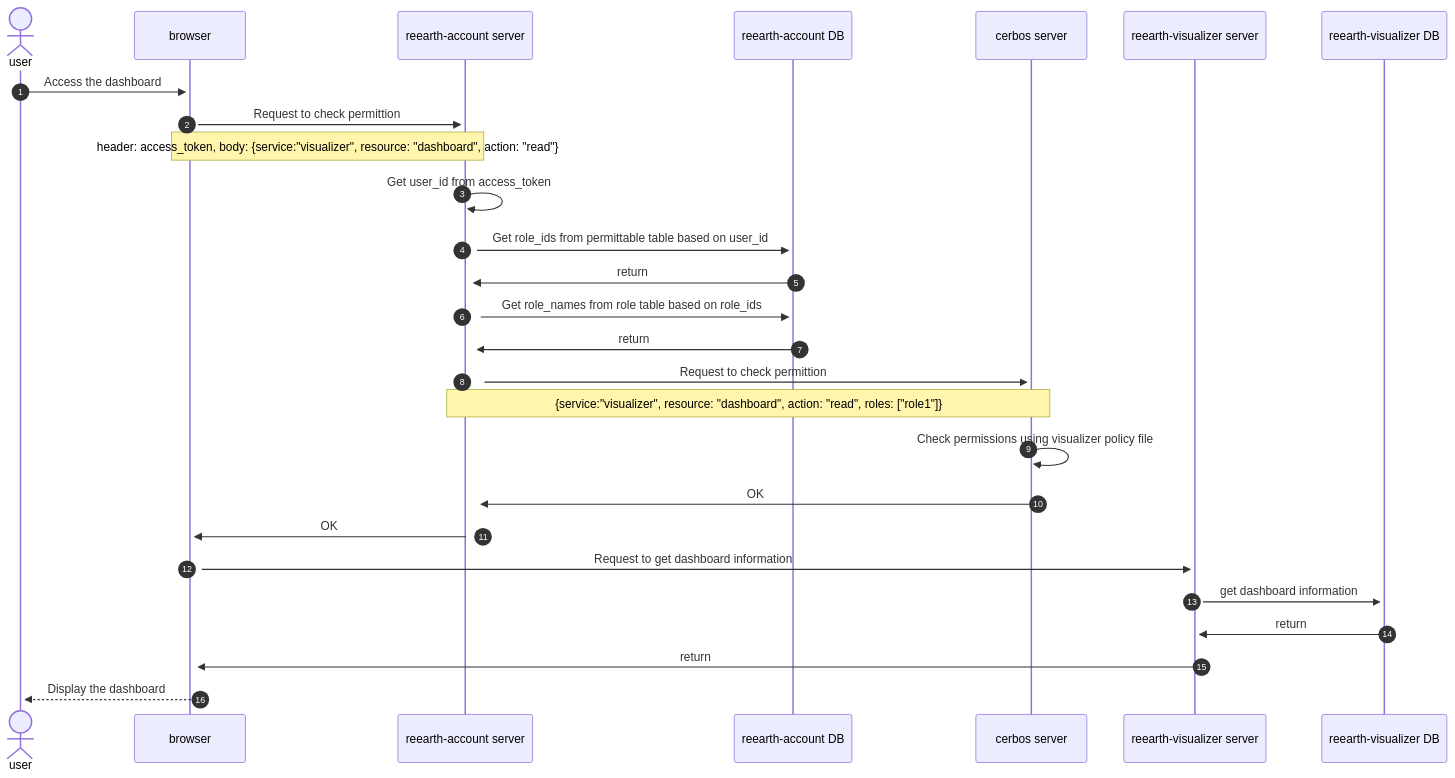
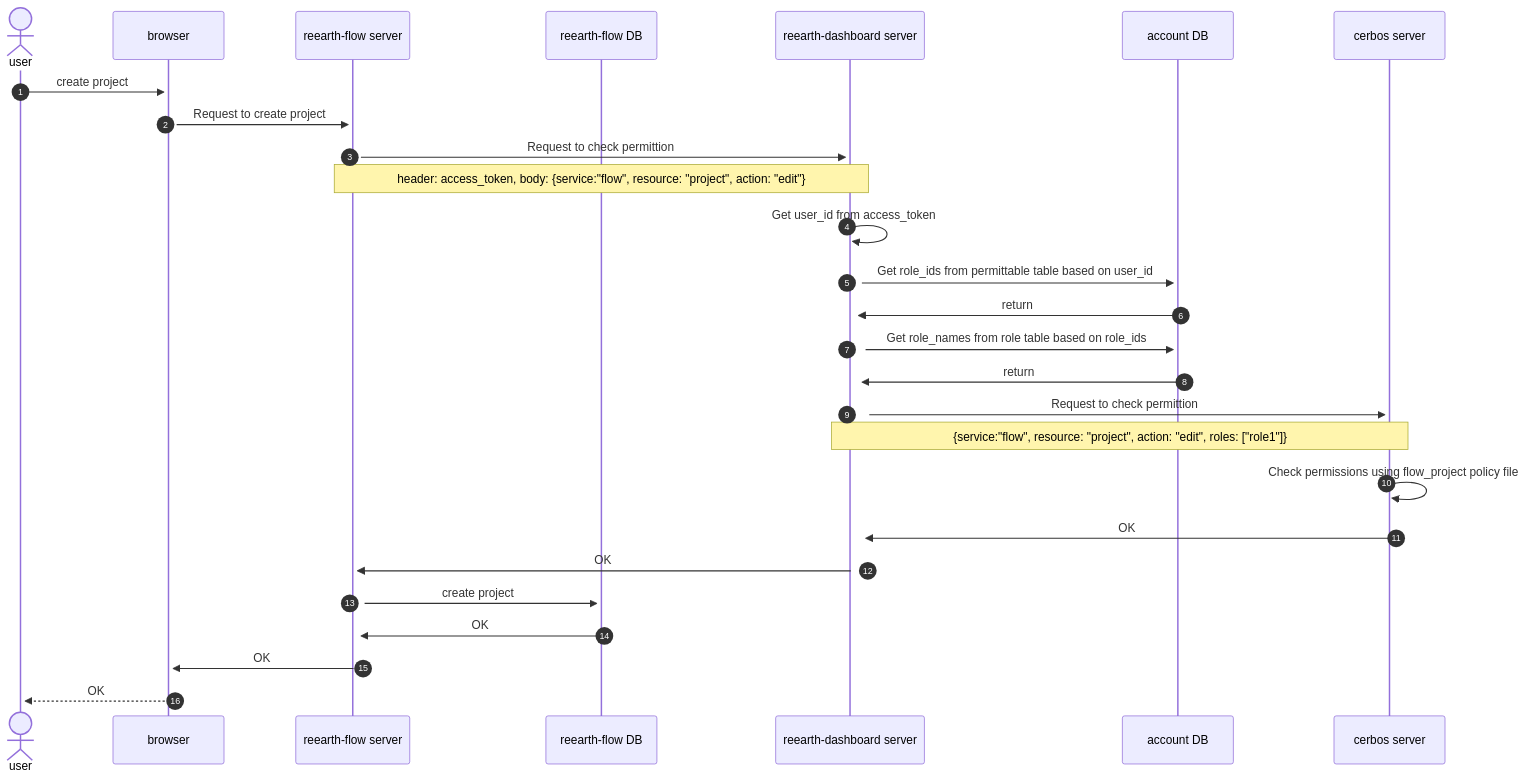
The diagram in docs/sequence/check_permission.md (reearth/reearth-accounts), drawn with Mermaid before and after one commit. The commit also changed other lines of this file and 79 other files, not shown here.

````diff
--- a/docs/sequence/check_permission.md
+++ b/docs/sequence/check_permission.md
@@ -3,31 +3,31 @@
 ```mermaid
 sequenceDiagram
 autonumber
 
 actor user
 participant browser
-participant accountServer as reearth-account server
-participant accountDB as reearth-account DB
+participant flowServer as reearth-flow server
+participant flowDB as reearth-flow DB
+participant dashboardServer as reearth-dashboard server
+participant accountDB as account DB
 participant cerbos as cerbos server
-participant visualizerServer as reearth-visualizer server
-participant visualizerDB as reearth-visualizer DB
 
-user ->>+ browser :Access the dashboard
-browser ->>+ accountServer :Request to check permittion
-note over browser, accountServer: header: access_token, body: {service:"visualizer", resource: "dashboard", action: "read"}
-accountServer ->>+ accountServer :Get user_id from access_token
-accountServer ->>+ accountDB :Get role_ids from permittable table based on user_id
-accountDB ->>+ accountServer :return
-accountServer ->>+ accountDB :Get role_names from role table based on role_ids
-accountDB ->>+ accountServer :return
-accountServer ->>+ cerbos :Request to check permittion
-note over accountServer, cerbos: {service:"visualizer", resource: "dashboard", action: "read", roles: ["role1"]}
-cerbos ->>+ cerbos :Check permissions using visualizer policy file
-cerbos ->>+ accountServer :OK
-accountServer ->>+ browser :OK
-browser ->>+ visualizerServer: Request to get dashboard information
-visualizerServer ->>+ visualizerDB: get dashboard information
-visualizerDB ->>+ visualizerServer :return
-visualizerServer ->>+ browser :return
-browser -->>+ user: Display the dashboard
+user ->>+ browser :create project
+browser ->>+ flowServer :Request to create project
+flowServer ->>+ dashboardServer :Request to check permittion
+note over flowServer, dashboardServer: header: access_token, body: {service:"flow", resource: "project", action: "edit"}
+dashboardServer ->>+ dashboardServer :Get user_id from access_token
+dashboardServer ->>+ accountDB :Get role_ids from permittable table based on user_id
+accountDB ->>+ dashboardServer :return
+dashboardServer ->>+ accountDB :Get role_names from role table based on role_ids
+accountDB ->>+ dashboardServer :return
+dashboardServer ->>+ cerbos :Request to check permittion
+note over dashboardServer, cerbos: {service:"flow", resource: "project", action: "edit", roles: ["role1"]}
+cerbos ->>+ cerbos :Check permissions using flow_project policy file
+cerbos ->>+ dashboardServer :OK
+dashboardServer ->>+ flowServer :OK
+flowServer ->>+ flowDB: create project
+flowDB ->>+ flowServer :OK
+flowServer ->>+ browser :OK
+browser -->>+ user: OK
 ```
````
